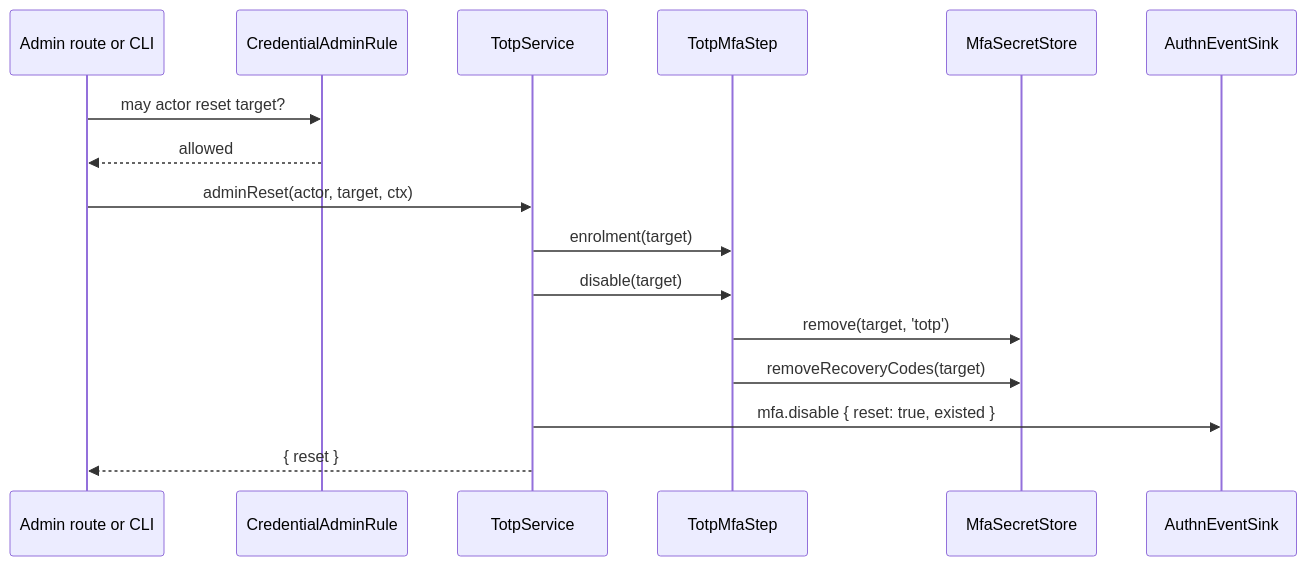
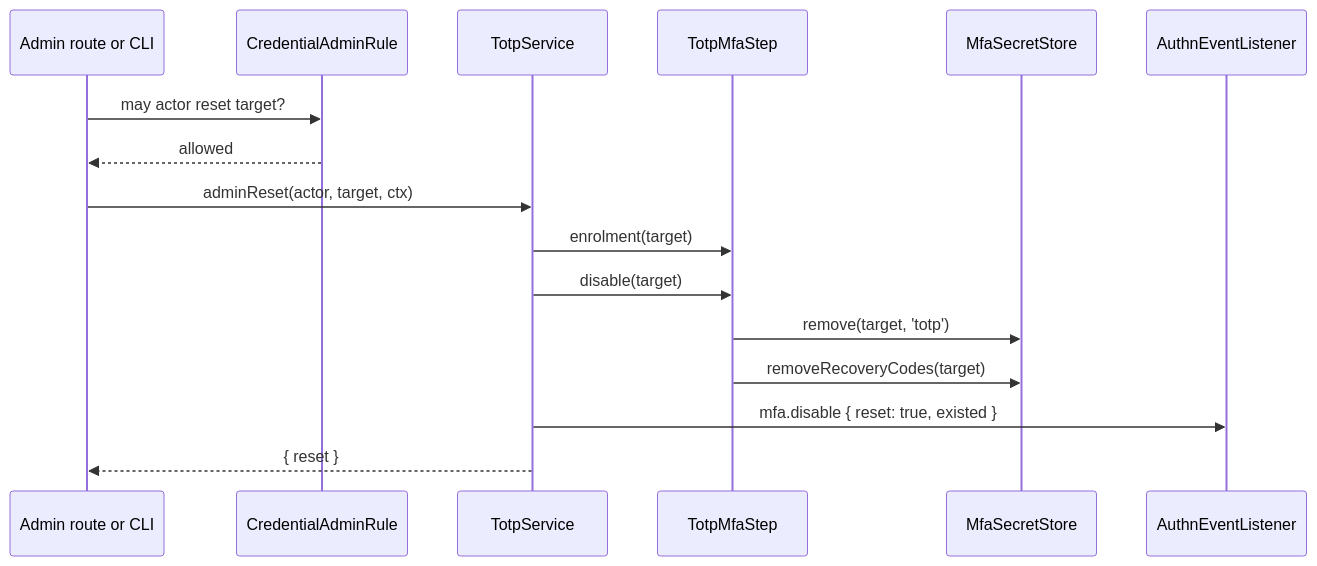
The diagram in docs/authn-totp/05-disable-and-reset.md (spinajs/main), drawn with Mermaid before and after one commit. The commit also changed other lines of this file and 37 other files, not shown here.

Commit message:
feat(authn)!: AuthnEventSink is removed

````diff
--- a/docs/authn-totp/05-disable-and-reset.md
+++ b/docs/authn-totp/05-disable-and-reset.md
@@ -30,18 +30,18 @@
 ```mermaid
 sequenceDiagram
   participant A as Admin route or CLI
   participant G as CredentialAdminRule
   participant S as TotpService
   participant T as TotpMfaStep
   participant M as MfaSecretStore
-  participant E as AuthnEventSink
+  participant E as AuthnEventListener
   A->>G: may actor reset target?
   G-->>A: allowed
   A->>S: adminReset(actor, target, ctx)
   S->>T: enrolment(target)
   S->>T: disable(target)
   T->>M: remove(target, 'totp')
   T->>M: removeRecoveryCodes(target)
   S->>E: mfa.disable { reset: true, existed }
   S-->>A: { reset }
 ```
````
